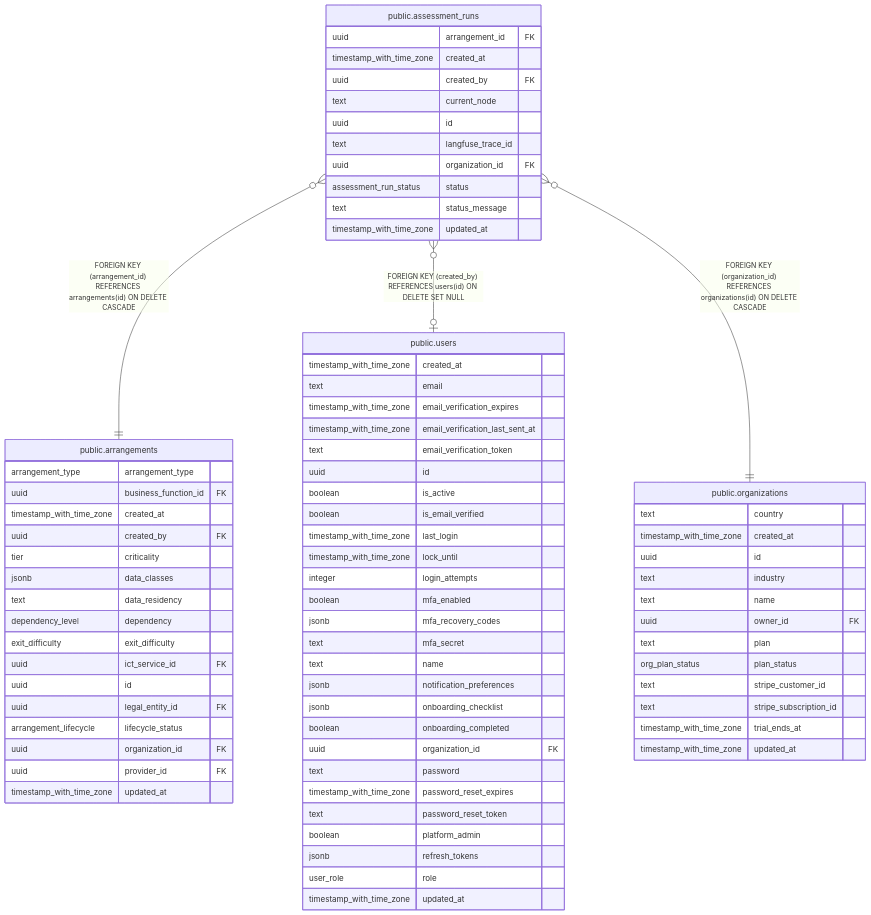
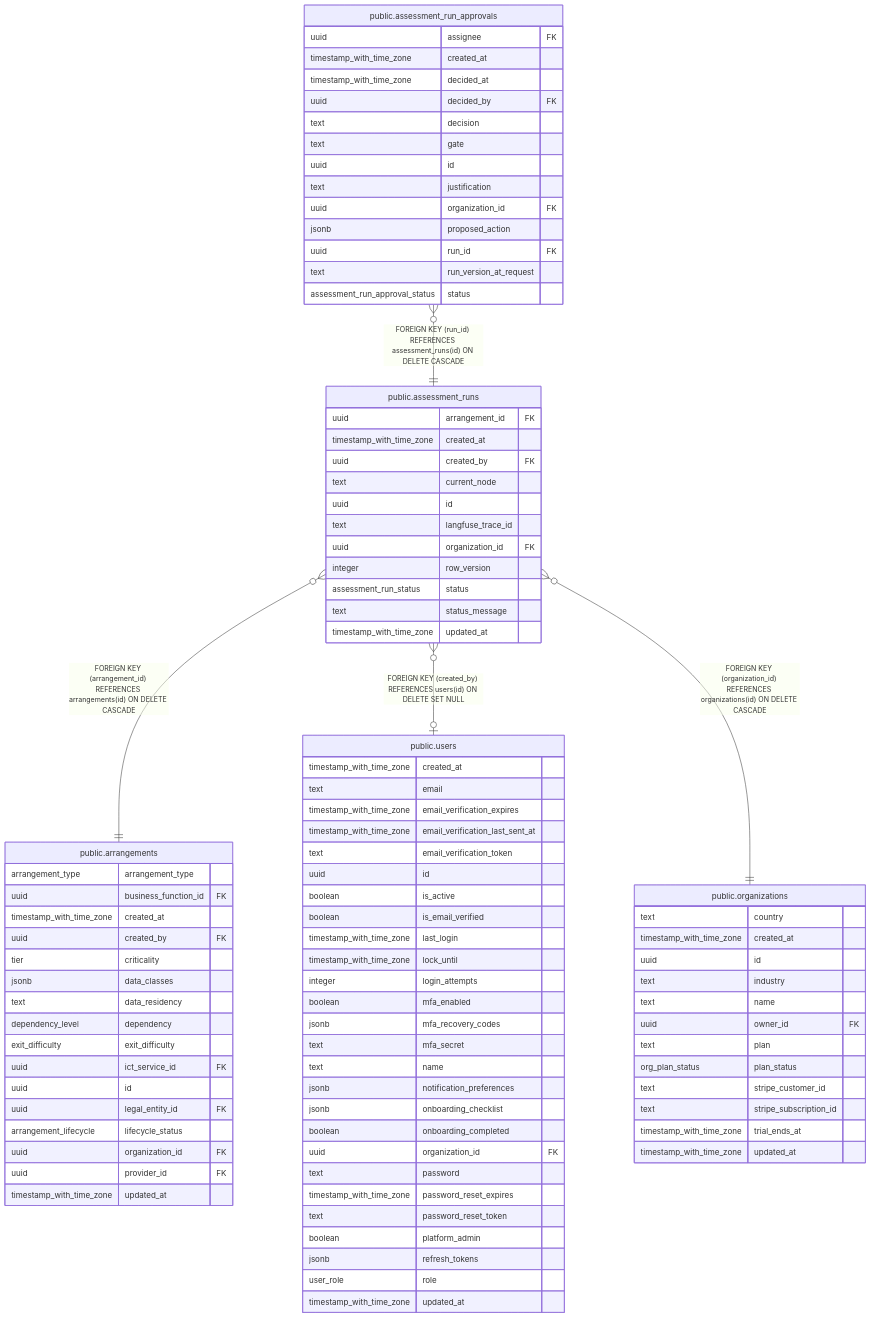
One commit to andrelair-platform/retrieva-backend changed the diagram in docs/data-model/public.assessment_runs.md. Above: the diagram before and after it, drawn with Mermaid. The commit also changed other lines of this file and 20 other files, not shown here.

```diff
--- a/docs/data-model/public.assessment_runs.md
+++ b/docs/data-model/public.assessment_runs.md
@@ -40,6 +41,7 @@
 
 "public.assessment_runs" }o--|| "public.arrangements" : "FOREIGN KEY (arrangement_id) REFERENCES arrangements(id) ON DELETE CASCADE"
 "public.assessment_runs" }o--o| "public.users" : "FOREIGN KEY (created_by) REFERENCES users(id) ON DELETE SET NULL"
+"public.assessment_run_approvals" }o--|| "public.assessment_runs" : "FOREIGN KEY (run_id) REFERENCES assessment_runs(id) ON DELETE CASCADE"
 "public.assessment_runs" }o--|| "public.organizations" : "FOREIGN KEY (organization_id) REFERENCES organizations(id) ON DELETE CASCADE"
 
 "public.assessment_runs" {
@@ -50,6 +52,7 @@
   uuid id
   text langfuse_trace_id
   uuid organization_id FK
+  integer row_version
   assessment_run_status status
   text status_message
   timestamp_with_time_zone updated_at
@@ -100,6 +103,21 @@
   user_role role
   timestamp_with_time_zone updated_at
 }
+"public.assessment_run_approvals" {
+  uuid assignee FK
+  timestamp_with_time_zone created_at
+  timestamp_with_time_zone decided_at
+  uuid decided_by FK
+  text decision
+  text gate
+  uuid id
+  text justification
+  uuid organization_id FK
+  jsonb proposed_action
+  uuid run_id FK
+  text run_version_at_request
+  assessment_run_approval_status status
+}
 "public.organizations" {
   text country
   timestamp_with_time_zone created_at
```
